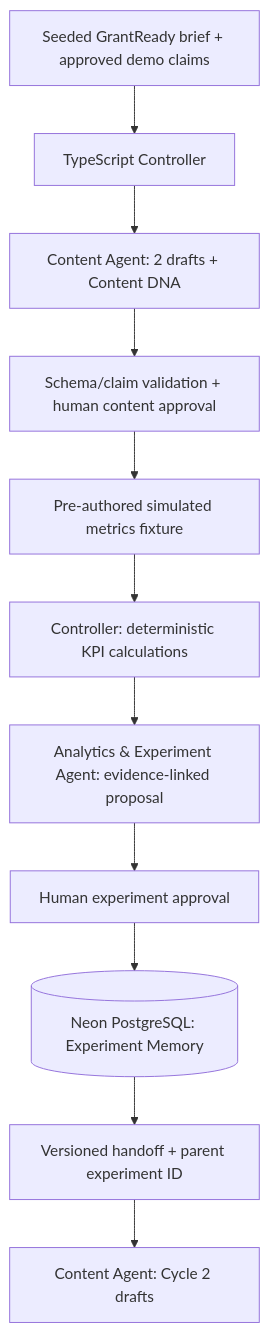
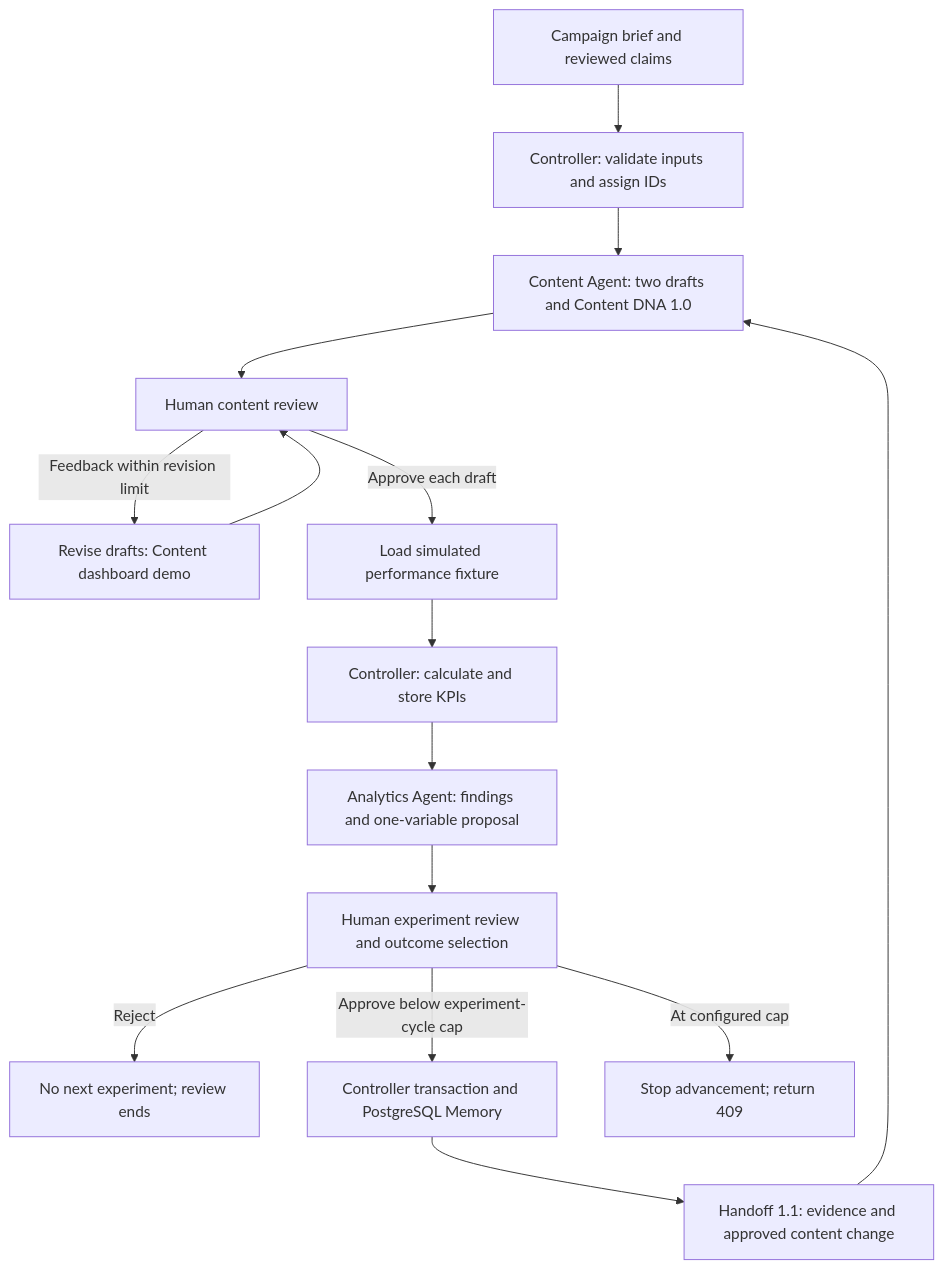
The diagram in README.md (Shawn-Bi/GrowthLoop-AI), drawn with Mermaid before and after one commit. The commit also changed other lines of this file, not shown here.

````diff
--- a/README.md
+++ b/README.md
@@ -22,13 +49,17 @@
 ```mermaid
 flowchart TD
-  A[Seeded GrantReady brief + approved demo claims] --> B[TypeScript Controller]
-  B --> C[Content Agent: 2 drafts + Content DNA]
-  C --> D[Schema/claim validation + human content approval]
-  D --> E[Pre-authored simulated metrics fixture]
-  E --> F[Controller: deterministic KPI calculations]
-  F --> G[Analytics & Experiment Agent: evidence-linked proposal]
-  G --> H[Human experiment approval]
-  H --> I[(Neon PostgreSQL: Experiment Memory)]
-  I --> J[Versioned handoff + parent experiment ID]
-  J --> K[Content Agent: Cycle 2 drafts]
+    B["Campaign brief and reviewed claims"] --> C["Controller: validate inputs and assign IDs"]
+    C --> D["Content Agent: two drafts and Content DNA 1.0"]
+    D --> R["Human content review"]
+    R -->|Feedback within revision limit| V["Revise drafts: Content dashboard demo"]
+    V --> R
+    R -->|Approve each draft| M["Load simulated performance fixture"]
+    M --> K["Controller: calculate and store KPIs"]
+    K --> A["Analytics Agent: findings and one-variable proposal"]
+    A --> H["Human experiment review and outcome selection"]
+    H -->|Reject| X["No next experiment; review ends"]
+    H -->|Approve below experiment-cycle cap| P["Controller transaction and PostgreSQL Memory"]
+    P --> T["Handoff 1.1: evidence and approved content change"]
+    T --> D
+    H -->|At configured cap| S["Stop advancement; return 409"]
 ```
````
